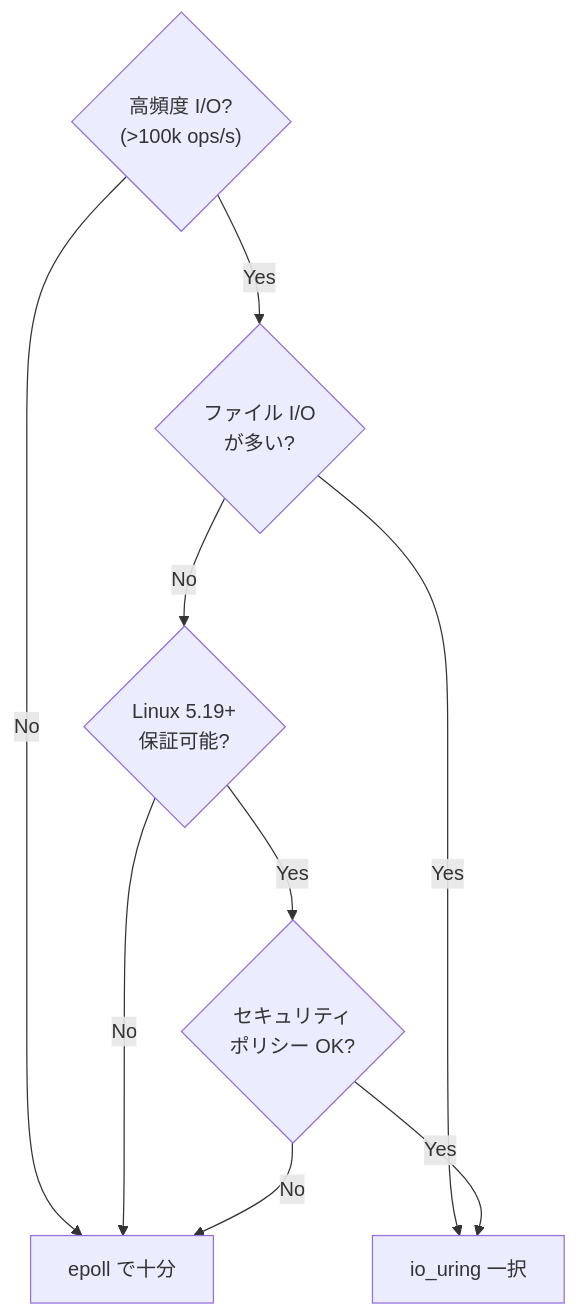
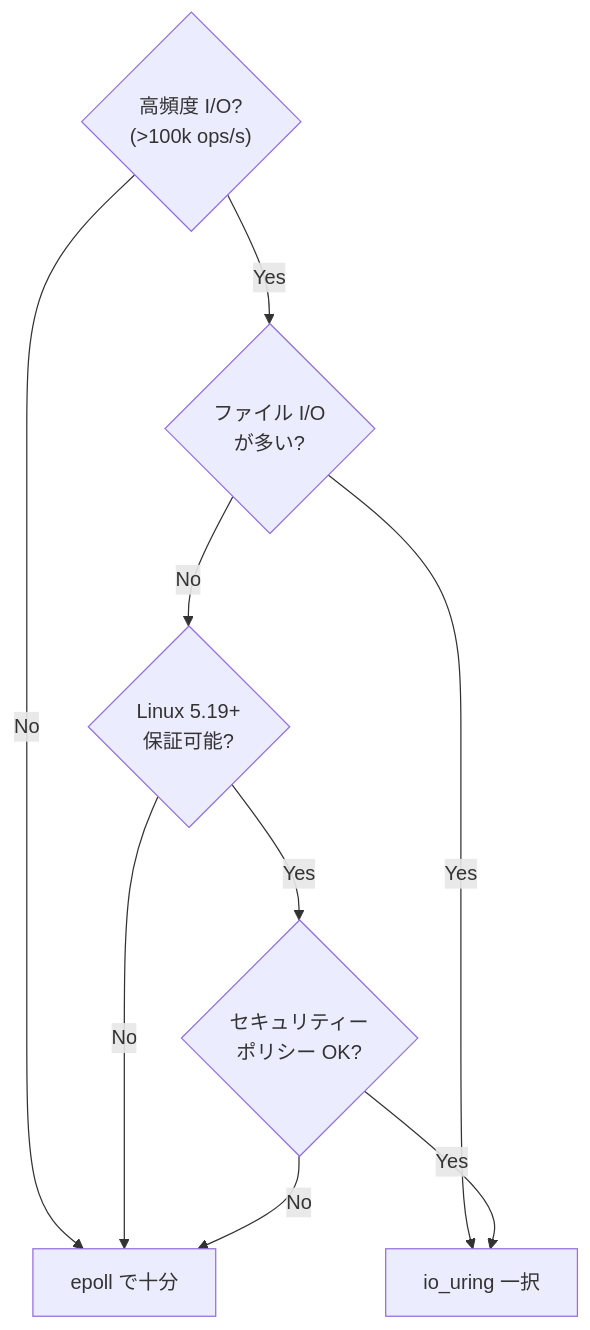
One commit to yoichiozaki/yoichiozaki.github.io changed the third of 3 diagrams in content/blog/ja/io-uring-and-epoll.mdx. Above: the diagram before and after it, drawn with Mermaid. The commit also changed other lines of this file and 117 other files, not shown here.

````diff
--- a/content/blog/ja/io-uring-and-epoll.mdx
+++ b/content/blog/ja/io-uring-and-epoll.mdx
@@ -581,12 +581,12 @@
 ```mermaid
 graph TD
     Q1{"高頻度 I/O?<br/>(>100k ops/s)"}
     Q1 -->|No| EPOLL["epoll で十分"]
     Q1 -->|Yes| Q2{"ファイル I/O<br/>が多い?"}
     Q2 -->|Yes| IOURING["io_uring 一択"]
     Q2 -->|No| Q3{"Linux 5.19+<br/>保証可能?"}
     Q3 -->|No| EPOLL
-    Q3 -->|Yes| Q4{"セキュリティ<br/>ポリシー OK?"}
+    Q3 -->|Yes| Q4{"セキュリティー<br/>ポリシー OK?"}
     Q4 -->|No| EPOLL
     Q4 -->|Yes| IOURING
 ```
````
